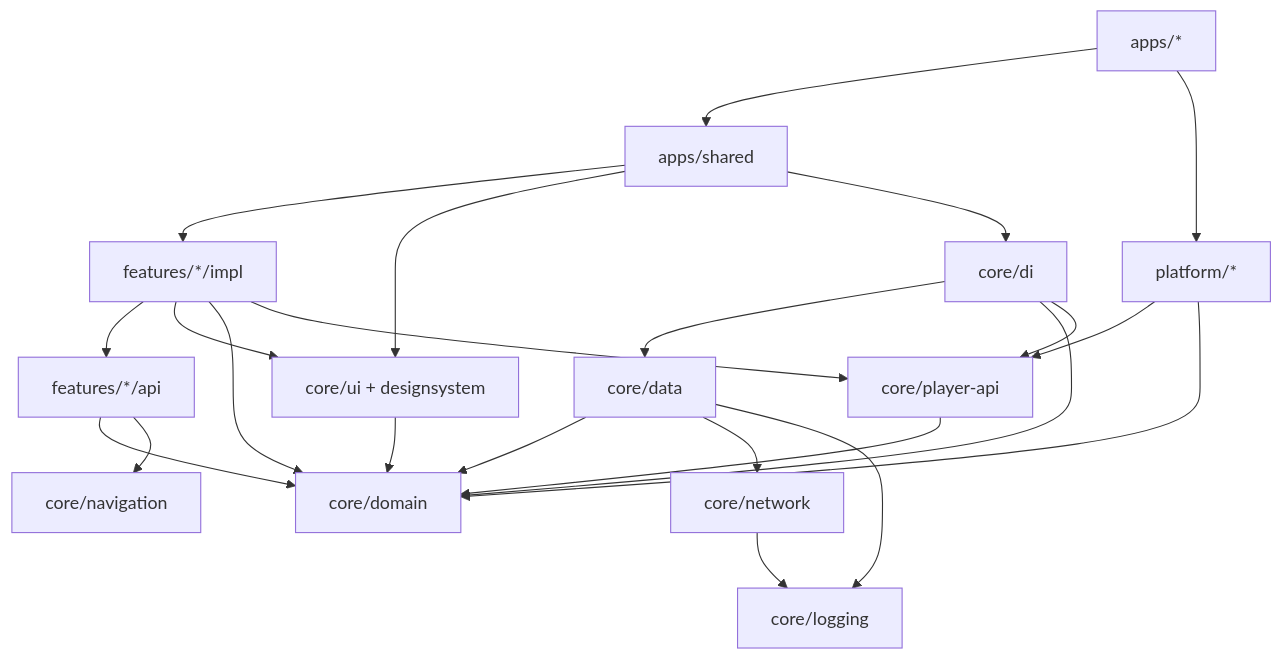
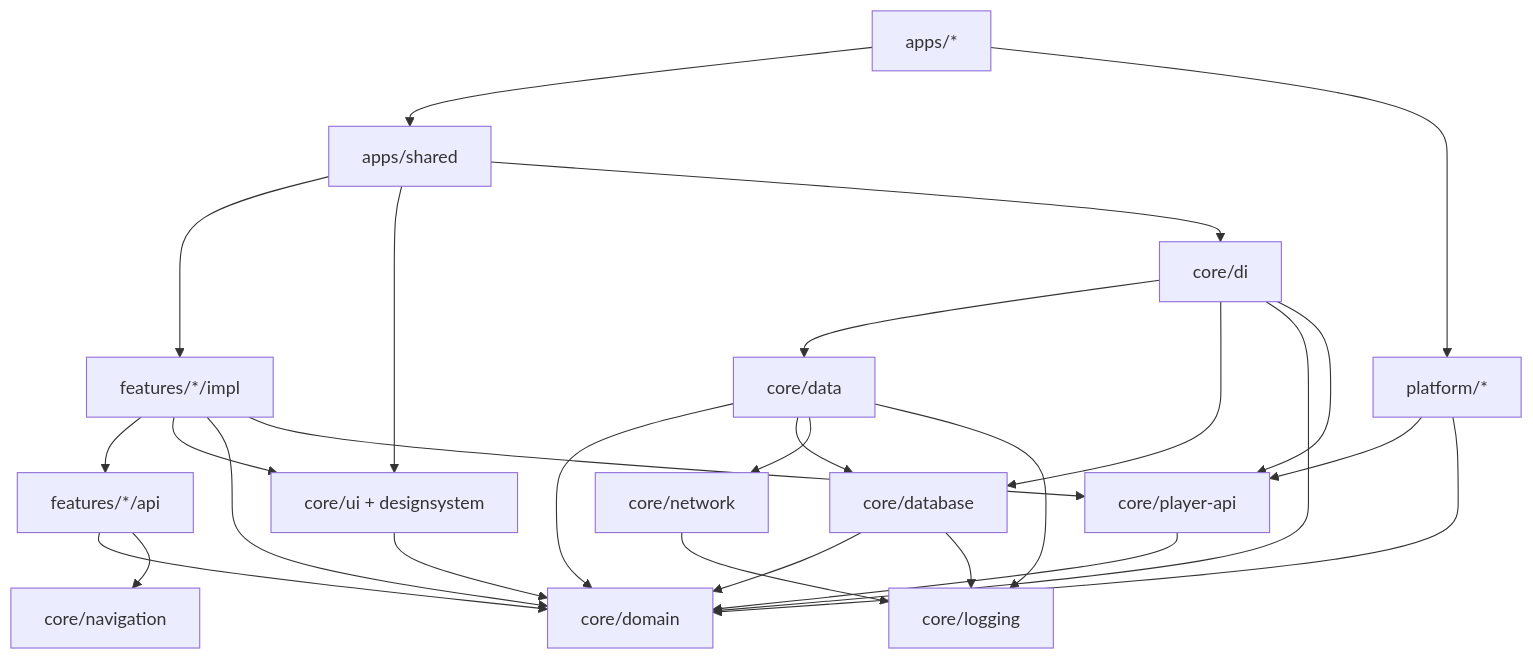
One commit to shyam1234/DemoComposeMultiPlatform changed the diagram in documentation/DEPENDENCY_RULES.md. Above: the diagram before and after it, drawn with Mermaid. The commit also changed other lines of this file and 32 other files, not shown here.

````diff
--- a/documentation/DEPENDENCY_RULES.md
+++ b/documentation/DEPENDENCY_RULES.md
@@ -16,39 +16,44 @@
 ```mermaid
 flowchart TB
     Apps["apps/*"]
     Shared["apps/shared"]
     FeatImpl["features/*/impl"]
     FeatApi["features/*/api"]
     UI["core/ui + designsystem"]
     Nav["core/navigation"]
     DI["core/di"]
     Data["core/data"]
+    Database["core/database"]
     Network["core/network"]
     PlayerApi["core/player-api"]
     Domain["core/domain"]
     Platform["platform/*"]
     Logging["core/logging"]
 
     Apps --> Shared
     Apps --> Platform
     Shared --> FeatImpl
     Shared --> UI
     Shared --> DI
     FeatImpl --> FeatApi
     FeatImpl --> UI
     FeatImpl --> Domain
     FeatImpl --> PlayerApi
     FeatApi --> Domain
     FeatApi --> Nav
     DI --> Data
+    DI --> Database
     DI --> Domain
     DI --> PlayerApi
     Data --> Domain
+    Data --> Database
     Data --> Network
     Data --> Logging
+    Database --> Domain
+    Database --> Logging
     Network --> Logging
     PlayerApi --> Domain
     Platform --> PlayerApi
     Platform --> Domain
     UI --> Domain
 ```
````
